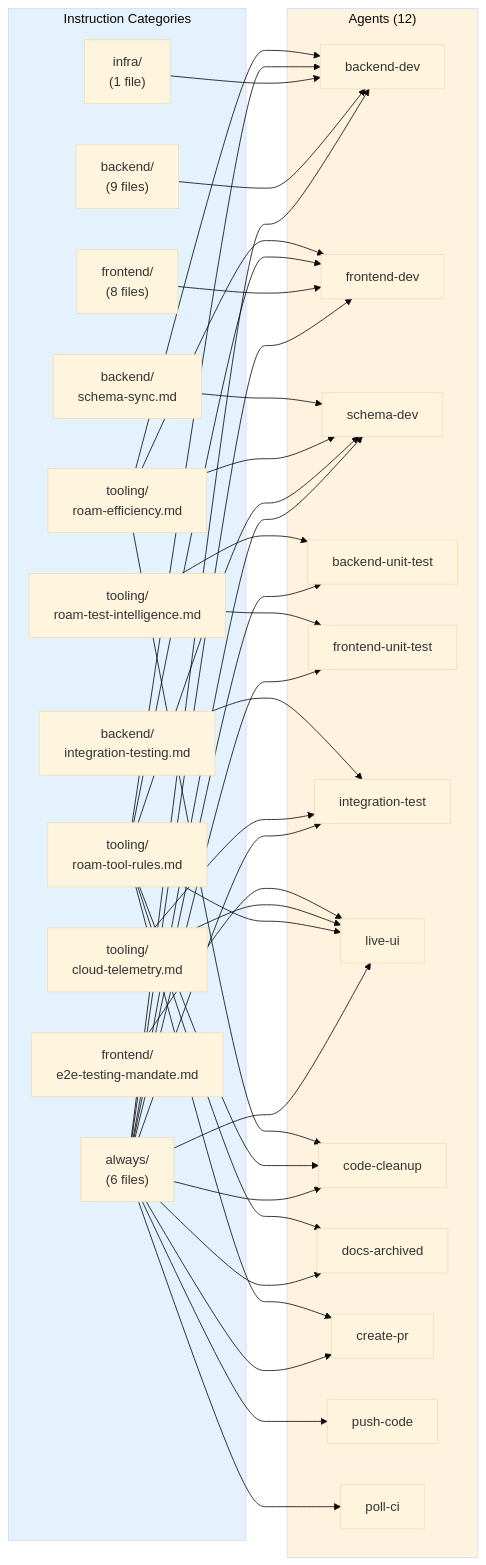
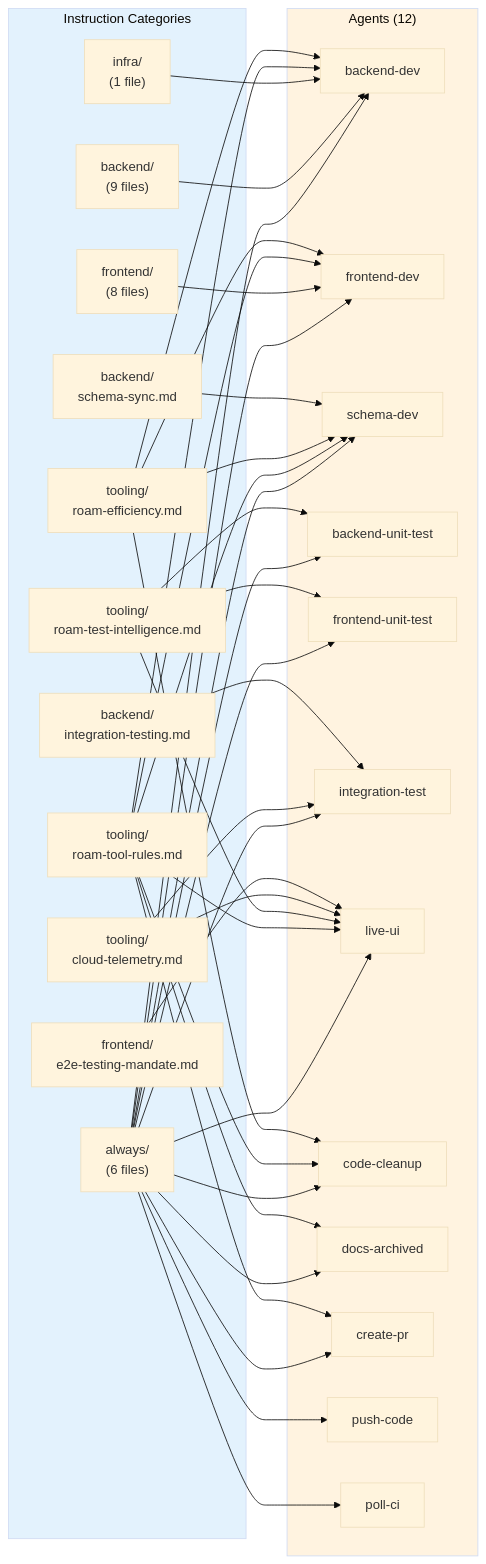
The third of 6 diagrams in tools/autonomous-factory/docs/03-apm-context.md (RomanKaliupinMelonusa/DAGent-t), drawn with Mermaid (base theme) before and after one commit. The commit also changed other lines of this file and 2 other files, not shown here.

Commit message:
Integrate live-ui AST-driven E2E into docs
Add and document the live-ui agent and its AST-driven Playwright E2E behavior across autonomous-factory docs. Updates include: adding an E2E node and styling in 02-roam-code, describing how live-ui uses roam_test_gaps post-deploy to generate Playwright scenarios for hidden states via AST diff, expanding APm context tables to include roam-test-intelligence for the live-ui job (incrementing its weight), and updating agents and pipeline docs in 05-agents to describe AST-driven E2E with deep diagnostic interception and to include live-ui in the Test Agents grouping and tooling lists.

````diff
--- a/tools/autonomous-factory/docs/03-apm-context.md
+++ b/tools/autonomous-factory/docs/03-apm-context.md
@@ -185,46 +185,46 @@
 ```mermaid
 flowchart LR
     subgraph RULES["Instruction Categories"]
         A["always/\n(6 files)"]
         B["backend/\n(9 files)"]
         F["frontend/\n(8 files)"]
         I["infra/\n(1 file)"]
         T1["tooling/\nroam-tool-rules.md"]
         T2["tooling/\nroam-efficiency.md"]
         T3["tooling/\nroam-test-intelligence.md"]
         T4["tooling/\ncloud-telemetry.md"]
         BS["backend/\nschema-sync.md"]
         FE["frontend/\ne2e-testing-mandate.md"]
         BI["backend/\nintegration-testing.md"]
     end
 
     subgraph AGENTS["Agents (12)"]
         P1["backend-dev"]
         P2["frontend-dev"]
         P3["schema-dev"]
         P4["backend-unit-test"]
         P5["frontend-unit-test"]
         P6["integration-test"]
         P7["live-ui"]
         P8["code-cleanup"]
         P9["docs-archived"]
         P10["create-pr"]
         P11["push-code"]
         P12["poll-ci"]
     end
 
     A --> P1 & P2 & P3 & P4 & P5 & P6 & P7 & P8 & P9 & P10 & P11 & P12
     B --> P1
     F --> P2
     I --> P1
     T1 --> P1 & P2 & P3 & P7 & P8 & P9 & P10
     T2 --> P1 & P2 & P3 & P8
-    T3 --> P4 & P5
+    T3 --> P4 & P5 & P7
     T4 --> P6 & P7
     BS --> P3
     FE --> P7
     BI --> P6
 
     style RULES fill:#e3f2fd
     style AGENTS fill:#fff3e0
 ```
````
